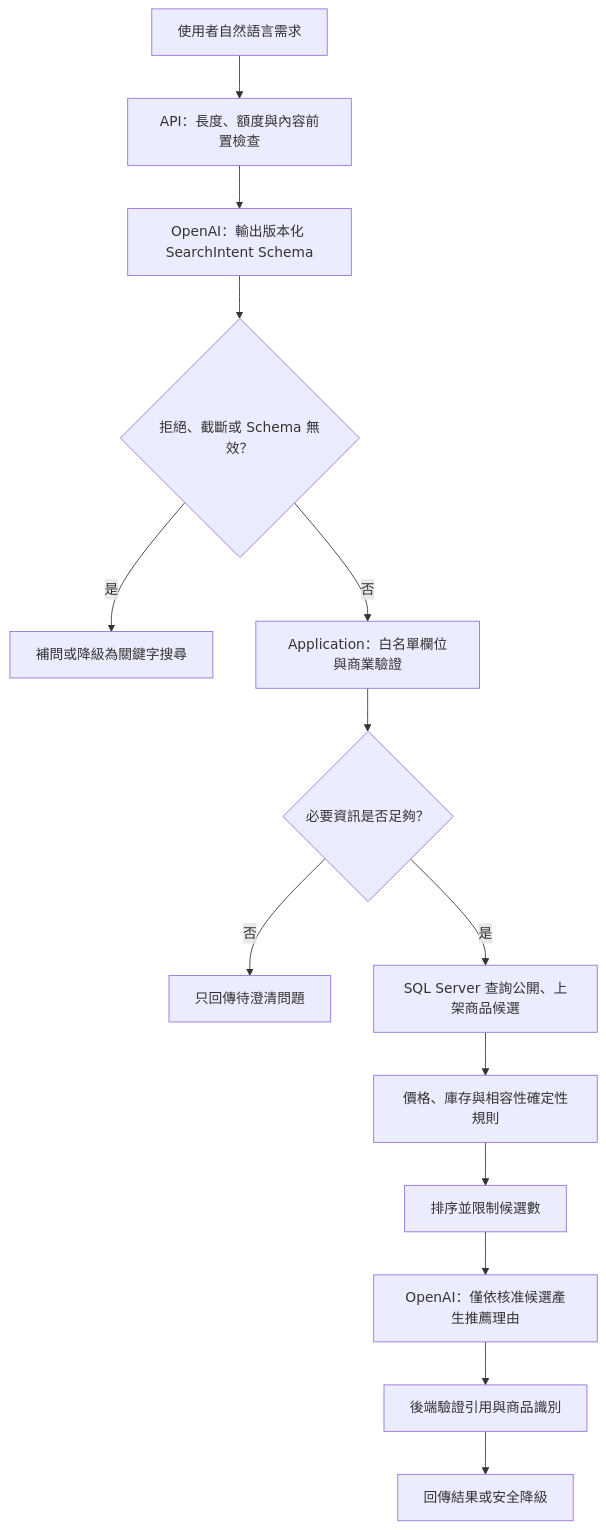
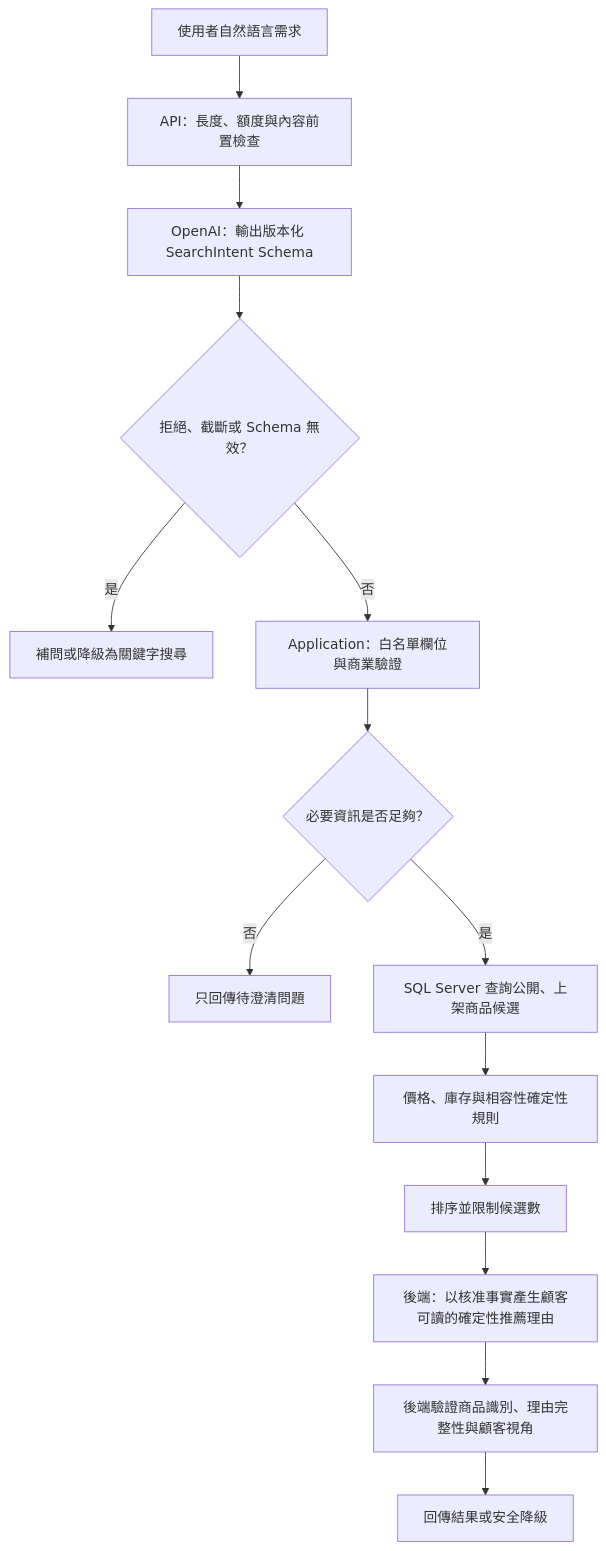
Before and after one commit to FullStackDeveloperSecond/FinalProject: the first of 2 diagrams in FP.sheet/FinalProject/03-架構/06-AI設計/AI應用詳細設計.md, drawn with Mermaid. The commit also changed other lines of this file and 85 other files, not shown here.

````diff
--- a/FP.sheet/FinalProject/03-架構/06-AI設計/AI應用詳細設計.md
+++ b/FP.sheet/FinalProject/03-架構/06-AI設計/AI應用詳細設計.md
@@ -30,16 +30,16 @@
 ```mermaid
 flowchart TD
     A["使用者自然語言需求"] --> B["API：長度、額度與內容前置檢查"]
     B --> C["OpenAI：輸出版本化 SearchIntent Schema"]
     C --> D{"拒絕、截斷或 Schema 無效？"}
     D -- 是 --> E["補問或降級為關鍵字搜尋"]
     D -- 否 --> F["Application：白名單欄位與商業驗證"]
     F --> G{"必要資訊是否足夠？"}
     G -- 否 --> H["只回傳待澄清問題"]
     G -- 是 --> I["SQL Server 查詢公開、上架商品候選"]
     I --> J["價格、庫存與相容性確定性規則"]
     J --> K["排序並限制候選數"]
-    K --> L["OpenAI：僅依核准候選產生推薦理由"]
-    L --> M["後端驗證引用與商品識別"]
+    K --> L["後端：以核准事實產生顧客可讀的確定性推薦理由"]
+    L --> M["後端驗證商品識別、理由完整性與顧客視角"]
     M --> N["回傳結果或安全降級"]
 ```
````
